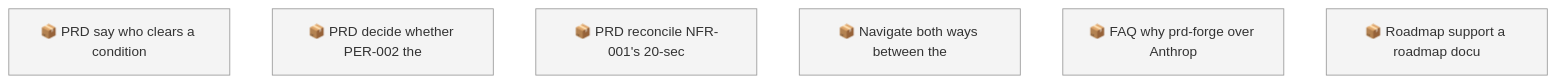
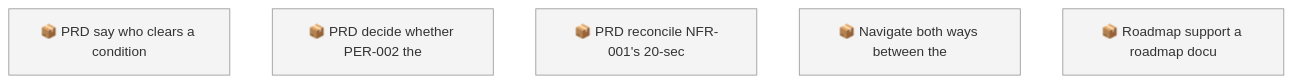
Before and after one commit to SpillwaveSolutions/prd-forge: the first of 2 diagrams in docs/roadmap.md, drawn with Mermaid. The commit also changed other lines of this file and 3 other files, not shown here.

First line of the commit message:
Answer why to use prd-forge over Anthropic's plugin (#23)

````diff
--- a/docs/roadmap.md
+++ b/docs/roadmap.md
@@ -50,11 +46,10 @@
 ```mermaid
 graph TD
     01M67NBJMD36KW0QP1S9D4SMAD["📦 PRD say who clears a condition"]
     01M67NBJQEWFPJ4YZADKC6ZXP7["📦 PRD decide whether PER-002 the"]
     01M67NBJTJAPJSEETE5YS6SVMT["📦 PRD reconcile NFR-001's 20-sec"]
     01M67NKWD871BPKRKQEH9G9FX7["📦 Navigate both ways between the"]
-    01M67NKWK65A7E7T3HN3CQVZ4C["📦 FAQ why prd-forge over Anthrop"]
     01M67NKWT0E0CGYGZYJ8SV6ERN["📦 Roadmap support a roadmap docu"]
     classDef todo fill:#f4f4f4,stroke:#999999
-    class 01M67NBJMD36KW0QP1S9D4SMAD,01M67NBJQEWFPJ4YZADKC6ZXP7,01M67NBJTJAPJSEETE5YS6SVMT,01M67NKWD871BPKRKQEH9G9FX7,01M67NKWK65A7E7T3HN3CQVZ4C,01M67NKWT0E0CGYGZYJ8SV6ERN todo
+    class 01M67NBJMD36KW0QP1S9D4SMAD,01M67NBJQEWFPJ4YZADKC6ZXP7,01M67NBJTJAPJSEETE5YS6SVMT,01M67NKWD871BPKRKQEH9G9FX7,01M67NKWT0E0CGYGZYJ8SV6ERN todo
 ```
````
